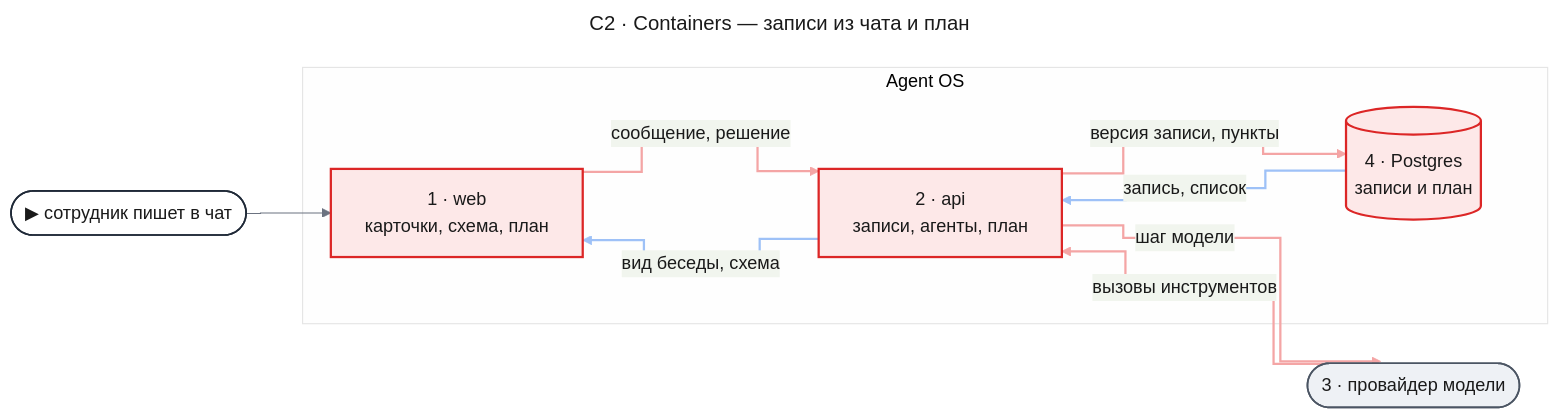
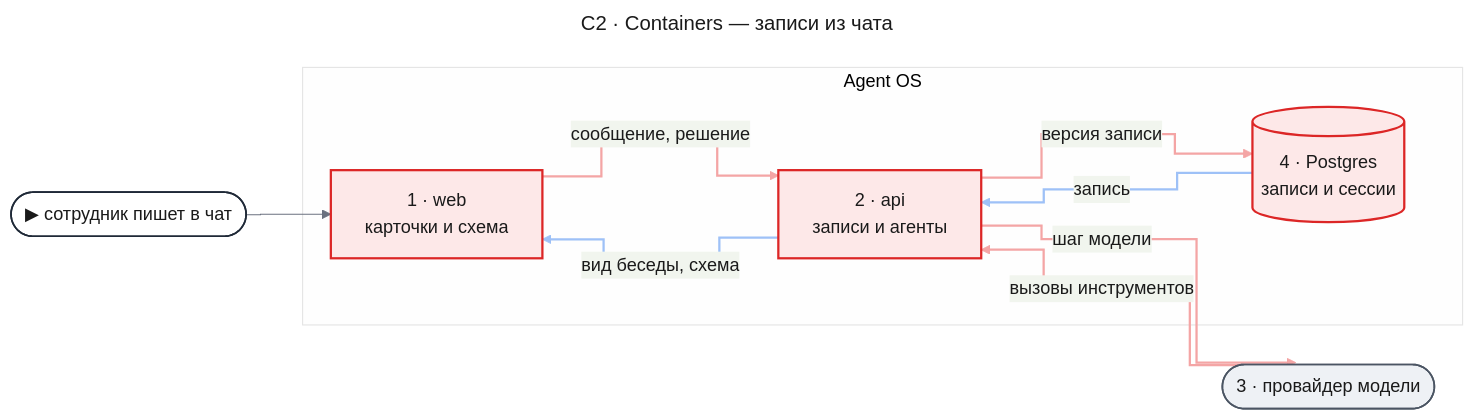
Before and after one commit to tundraray/agent-os: the first of 5 diagrams in docs/features/deep-agents/design-agent-types.md, drawn with Mermaid. The commit also changed other lines of this file and 7 other files, not shown here.

Commit message:
docs(deep-agents): reduce the part designs and ADR-0021 to the target architecture

````diff
--- a/docs/features/deep-agents/design-agent-types.md
+++ b/docs/features/deep-agents/design-agent-types.md
@@ -203,52 +129,52 @@
 ```mermaid
 ---
-title: "C2 · Containers — записи из чата и план"
+title: "C2 · Containers — записи из чата"
 config:
   theme: base
   look: classic
   themeVariables:
     primaryColor: "#eef1f5"
     primaryBorderColor: "#4b5563"
     primaryTextColor: "#1a1a1a"
     lineColor: "#6b7280"
   flowchart:
     curve: step
   themeCSS: |
     @keyframes lit_at2{0%,15%{stroke:#991b1b;stroke-width:6px}16.7%,100%{stroke:#f4a5a5;stroke-width:2px}}
     @keyframes litr_at2{0%,15%{stroke:#1d4ed8;stroke-width:6px}16.7%,100%{stroke:#9ec1f7;stroke-width:2px}}
 ---
 flowchart LR
     entry(["▶ сотрудник пишет в чат"])
     subgraph product["Agent OS"]
-        web["1 · web<br/>карточки, схема, план"]
-        api["2 · api<br/>записи, агенты, план"]
-        db[("4 · Postgres<br/>записи и план")]
+        web["1 · web<br/>карточки и схема"]
+        api["2 · api<br/>записи и агенты"]
+        db[("4 · Postgres<br/>записи и сессии")]
     end
     llm(["3 · провайдер модели"])
     entry --> web
     web e1@-->|"сообщение, решение"| api
     api e2@-->|"шаг модели"| llm
     llm e3@-->|"вызовы инструментов"| api
-    api e4@-->|"версия записи, пункты"| db
-    db e5@-->|"запись, список"| api
+    api e4@-->|"версия записи"| db
+    db e5@-->|"запись"| api
     api e6@-->|"вид беседы, схема"| web
     classDef entry fill:#ffffff,stroke:#1f2937,stroke-width:1.5px,color:#1a1a1a
     classDef changed fill:#fde8e8,stroke:#dc2626,stroke-width:2px,color:#1a1a1a
     classDef new fill:#e6f4ea,stroke:#16a34a,stroke-width:2px,color:#1a1a1a
     classDef unchanged fill:#eef1f5,stroke:#4b5563,stroke-width:1.5px,color:#1a1a1a
     classDef w1 stroke:#f4a5a5,stroke-width:2px,animation:lit_at2 7.2s linear 0s infinite
     classDef w2 stroke:#f4a5a5,stroke-width:2px,animation:lit_at2 7.2s linear 1.2s infinite
     classDef w3 stroke:#f4a5a5,stroke-width:2px,animation:lit_at2 7.2s linear 2.4s infinite
     classDef w4 stroke:#f4a5a5,stroke-width:2px,animation:lit_at2 7.2s linear 3.6s infinite
     classDef r5 stroke:#9ec1f7,stroke-width:2px,animation:litr_at2 7.2s linear 4.8s infinite
     classDef r6 stroke:#9ec1f7,stroke-width:2px,animation:litr_at2 7.2s linear 6s infinite
     class entry entry
     class web,api,db changed
     class llm unchanged
     class e1 w1
     class e2 w2
     class e3 w3
     class e4 w4
     class e5 r5
     class e6 r6
 ```
````
